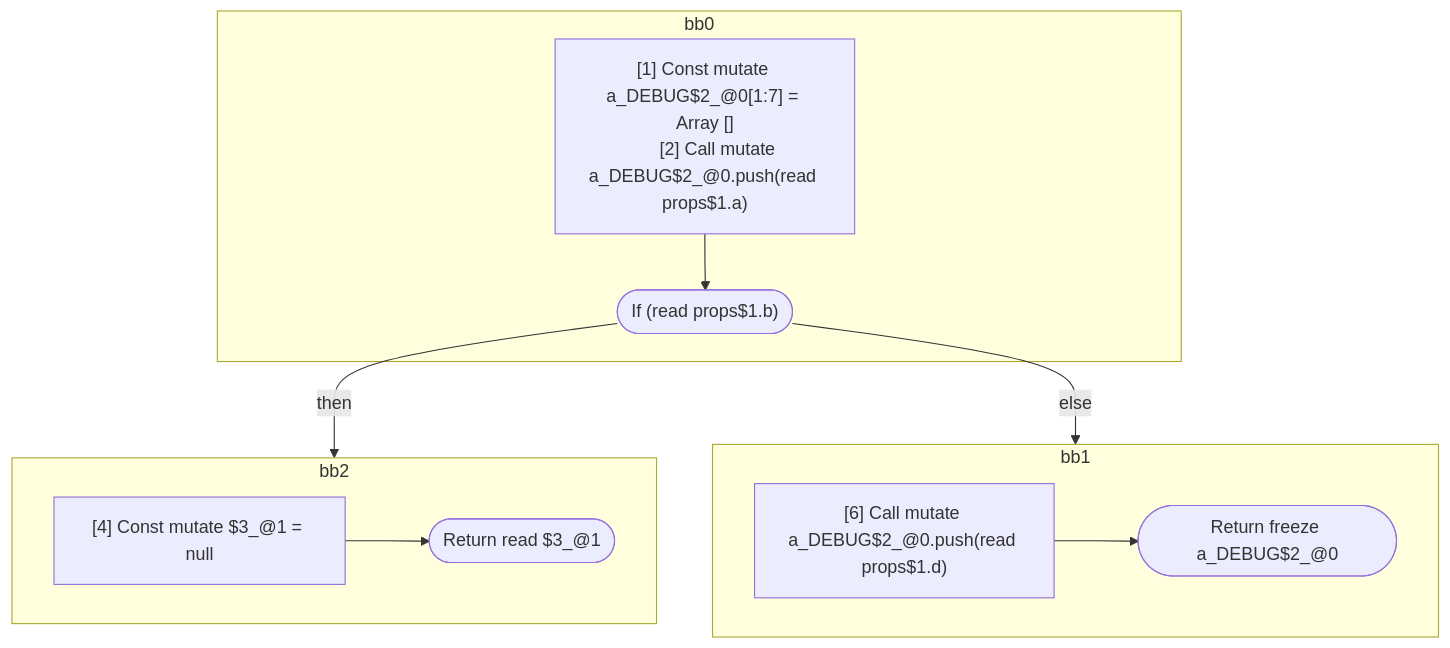
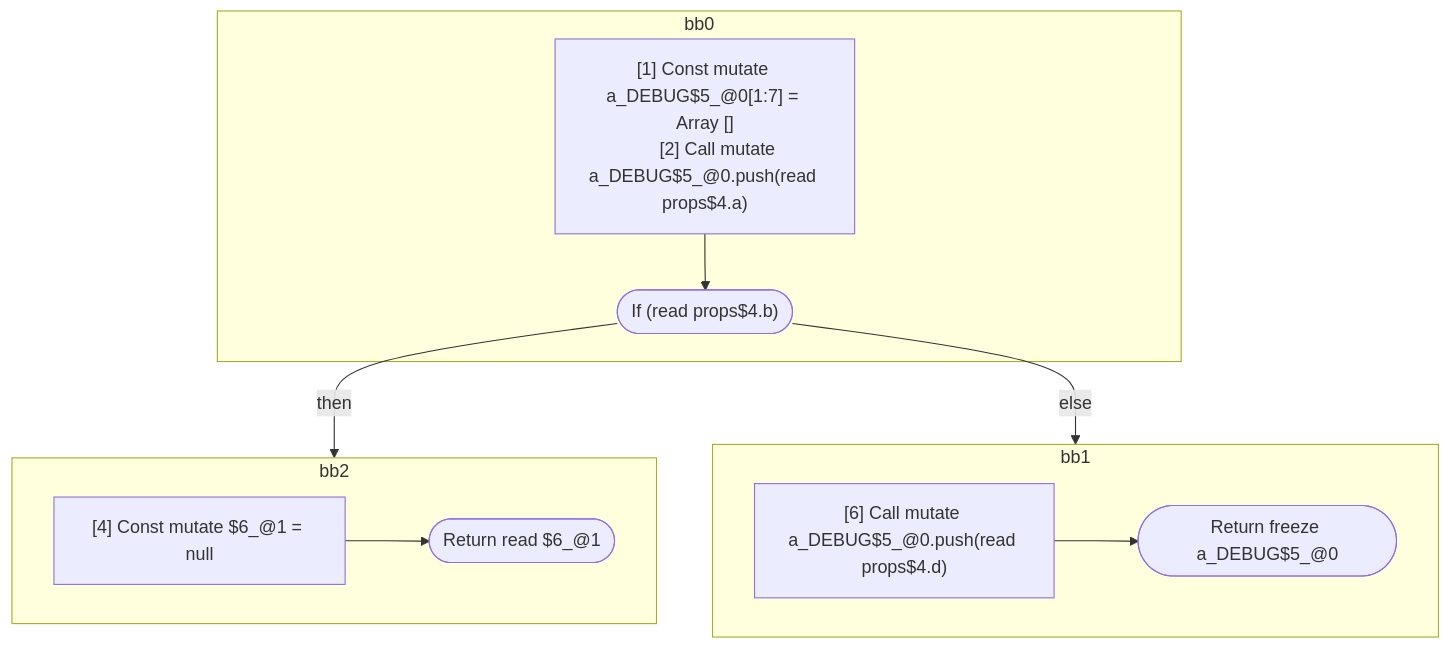
Before and after one commit to wutsmog/private: the first of 5 diagrams in compiler/forget/src/__tests__/fixtures/hir/conditional-break.expect.md, drawn with Mermaid. The commit also changed other lines of this file and 59 other files, not shown here.

````diff
--- a/compiler/forget/src/__tests__/fixtures/hir/conditional-break.expect.md
+++ b/compiler/forget/src/__tests__/fixtures/hir/conditional-break.expect.md
@@ -96,28 +96,28 @@
 ```mermaid
 flowchart TB
   %% Basic Blocks
   subgraph bb0
     bb0_instrs["
-      [1] Const mutate a_DEBUG$2_@0[1:7] = Array []
-      [2] Call mutate a_DEBUG$2_@0.push(read props$1.a)
+      [1] Const mutate a_DEBUG$5_@0[1:7] = Array []
+      [2] Call mutate a_DEBUG$5_@0.push(read props$4.a)
     "]
-    bb0_instrs --> bb0_terminal(["If (read props$1.b)"])
+    bb0_instrs --> bb0_terminal(["If (read props$4.b)"])
   end
   subgraph bb2
     bb2_instrs["
-      [4] Const mutate $3_@1 = null
+      [4] Const mutate $6_@1 = null
     "]
-    bb2_instrs --> bb2_terminal(["Return read $3_@1"])
+    bb2_instrs --> bb2_terminal(["Return read $6_@1"])
   end
   subgraph bb1
     bb1_instrs["
-      [6] Call mutate a_DEBUG$2_@0.push(read props$1.d)
+      [6] Call mutate a_DEBUG$5_@0.push(read props$4.d)
     "]
-    bb1_instrs --> bb1_terminal(["Return freeze a_DEBUG$2_@0"])
+    bb1_instrs --> bb1_terminal(["Return freeze a_DEBUG$5_@0"])
   end
 
   %% Jumps
   bb0_terminal -- "then" --> bb2
   bb0_terminal -- "else" --> bb1
 
 ```
````
